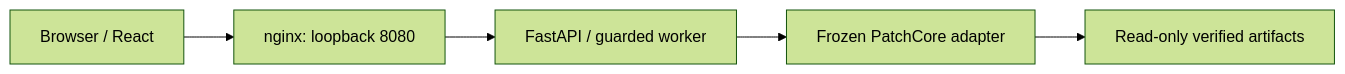
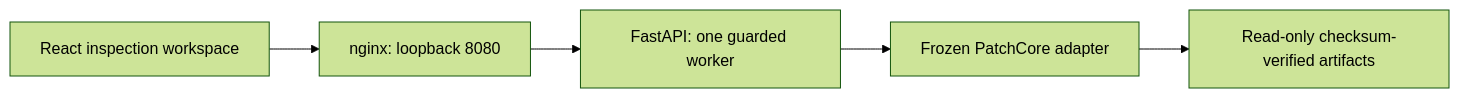
The diagram in README.md (shaikanishmib/mvtec-cnn-anomaly-detection), drawn with Mermaid (forest theme) before and after one commit. The commit also changed other lines of this file and 25 other files, not shown here.

````diff
--- a/README.md
+++ b/README.md
@@ -23,7 +42,7 @@
 ```mermaid
 flowchart LR
-    B[Browser / React] --> N[nginx: loopback 8080]
-    N --> A[FastAPI / guarded worker]
+    B[React inspection workspace] --> N[nginx: loopback 8080]
+    N --> A[FastAPI: one guarded worker]
     A --> P[Frozen PatchCore adapter]
-    P --> M[Read-only verified artifacts]
+    P --> M[Read-only checksum-verified artifacts]
 ```
````
